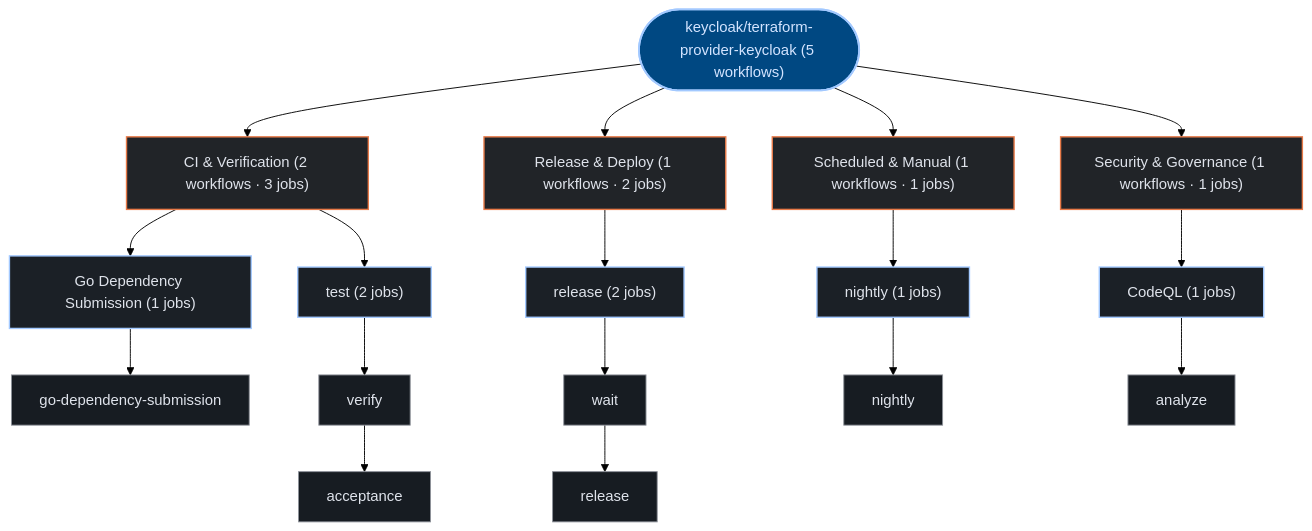
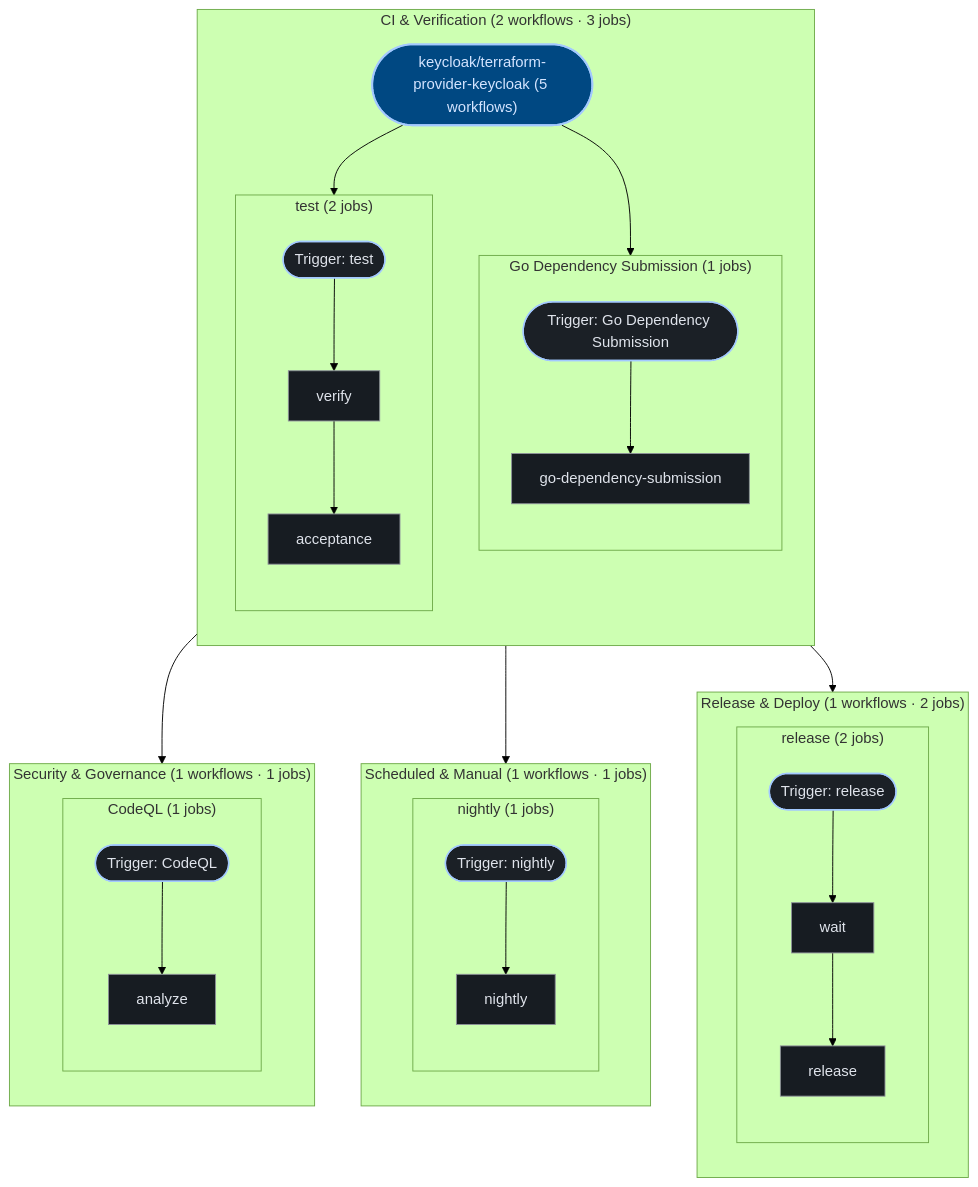
The third of 3 diagrams in exports/latest/reports/keycloak-terraform-provider-keycloak-report.md (kumarshaz/atruss-code-atlas), drawn with Mermaid (forest theme) before and after one commit. The commit also changed 181 other files, not shown here.

````diff
--- a/exports/latest/reports/keycloak-terraform-provider-keycloak-report.md
+++ b/exports/latest/reports/keycloak-terraform-provider-keycloak-report.md
@@ -255,43 +255,62 @@
 ```mermaid
 graph TD;
   classDef atlasRoot fill:#004882,stroke:#a3c9ff,stroke-width:2px,color:#d3e4ff
   classDef atlasCategory fill:#212428,stroke:#E87A48,stroke-width:1.5px,color:#dfe3eb
   classDef atlasWorkflow fill:#1b2026,stroke:#a3c9ff,stroke-width:1.5px,color:#dfe3eb
   classDef atlasJob fill:#171c22,stroke:#8d9199,stroke-width:1px,color:#dfe3eb
   classDef atlasTarget fill:#005227,stroke:#8bd99b,stroke-width:1.5px,color:#a7f6b6
   classDef atlasAlert fill:#93000a,stroke:#ffb4ab,stroke-width:1.5px,color:#ffdad6
   classDef atlasMore fill:#252a31,stroke:#8d9199,stroke-dasharray:4 4,color:#c3c6cf
   pipeline_root(["keycloak/terraform-provider-keycloak (5 workflows)"]):::atlasRoot
-  grp_0_CI___Verification["CI & Verification (2 workflows · 3 jobs)"]:::atlasCategory
-  pipeline_root --> grp_0_CI___Verification
-  wf_1_Go_Dependency_Submission["Go Dependency Submission (1 jobs)"]:::atlasWorkflow
-  grp_0_CI___Verification --> wf_1_Go_Dependency_Submission
-  job_1_go_dependency_submission["go-dependency-submission"]:::atlasJob
-  wf_1_Go_Dependency_Submission --> job_1_go_dependency_submission
-  wf_4_test["test (2 jobs)"]:::atlasWorkflow
-  grp_0_CI___Verification --> wf_4_test
-  job_4_verify["verify"]:::atlasJob
-  job_4_acceptance["acceptance"]:::atlasJob
-  wf_4_test --> job_4_verify
-  job_4_verify --> job_4_acceptance
-  grp_1_Release___Deploy["Release & Deploy (1 workflows · 2 jobs)"]:::atlasCategory
-  pipeline_root --> grp_1_Release___Deploy
-  wf_3_release["release (2 jobs)"]:::atlasWorkflow
-  grp_1_Release___Deploy --> wf_3_release
-  job_3_wait["wait"]:::atlasJob
-  job_3_release["release"]:::atlasJob
-  wf_3_release --> job_3_wait
-  job_3_wait --> job_3_release
-  grp_2_Scheduled___Manual["Scheduled & Manual (1 workflows · 1 jobs)"]:::atlasCategory
-  pipeline_root --> grp_2_Scheduled___Manual
-  wf_2_nightly["nightly (1 jobs)"]:::atlasWorkflow
-  grp_2_Scheduled___Manual --> wf_2_nightly
-  job_2_nightly["nightly"]:::atlasJob
-  wf_2_nightly --> job_2_nightly
-  grp_3_Security___Governance["Security & Governance (1 workflows · 1 jobs)"]:::atlasCategory
-  pipeline_root --> grp_3_Security___Governance
-  wf_0_CodeQL["CodeQL (1 jobs)"]:::atlasWorkflow
-  grp_3_Security___Governance --> wf_0_CodeQL
-  job_0_analyze["analyze"]:::atlasJob
-  wf_0_CodeQL --> job_0_analyze
+  subgraph sg_grp_0_CI___Verification["CI & Verification (2 workflows · 3 jobs)"]
+    direction TB
+    subgraph sg_wf_1_Go_Dependency_Submission["Go Dependency Submission (1 jobs)"]
+      direction TB
+      wf_1_Go_Dependency_Submission(["Trigger: Go Dependency Submission"]):::atlasWorkflow
+      job_1_go_dependency_submission["go-dependency-submission"]:::atlasJob
+      wf_1_Go_Dependency_Submission --> job_1_go_dependency_submission
+    end
+    pipeline_root --> wf_1_Go_Dependency_Submission
+    subgraph sg_wf_4_test["test (2 jobs)"]
+      direction TB
+      wf_4_test(["Trigger: test"]):::atlasWorkflow
+      job_4_verify["verify"]:::atlasJob
+      job_4_acceptance["acceptance"]:::atlasJob
+      wf_4_test --> job_4_verify
+      job_4_verify --> job_4_acceptance
+    end
+    pipeline_root --> wf_4_test
+  end
+  subgraph sg_grp_1_Release___Deploy["Release & Deploy (1 workflows · 2 jobs)"]
+    direction TB
+    subgraph sg_wf_3_release["release (2 jobs)"]
+      direction TB
+      wf_3_release(["Trigger: release"]):::atlasWorkflow
+      job_3_wait["wait"]:::atlasJob
+      job_3_release["release"]:::atlasJob
+      wf_3_release --> job_3_wait
+      job_3_wait --> job_3_release
+    end
+    pipeline_root --> wf_3_release
+  end
+  subgraph sg_grp_2_Scheduled___Manual["Scheduled & Manual (1 workflows · 1 jobs)"]
+    direction TB
+    subgraph sg_wf_2_nightly["nightly (1 jobs)"]
+      direction TB
+      wf_2_nightly(["Trigger: nightly"]):::atlasWorkflow
+      job_2_nightly["nightly"]:::atlasJob
+      wf_2_nightly --> job_2_nightly
+    end
+    pipeline_root --> wf_2_nightly
+  end
+  subgraph sg_grp_3_Security___Governance["Security & Governance (1 workflows · 1 jobs)"]
+    direction TB
+    subgraph sg_wf_0_CodeQL["CodeQL (1 jobs)"]
+      direction TB
+      wf_0_CodeQL(["Trigger: CodeQL"]):::atlasWorkflow
+      job_0_analyze["analyze"]:::atlasJob
+      wf_0_CodeQL --> job_0_analyze
+    end
+    pipeline_root --> wf_0_CodeQL
+  end
 ```
````
